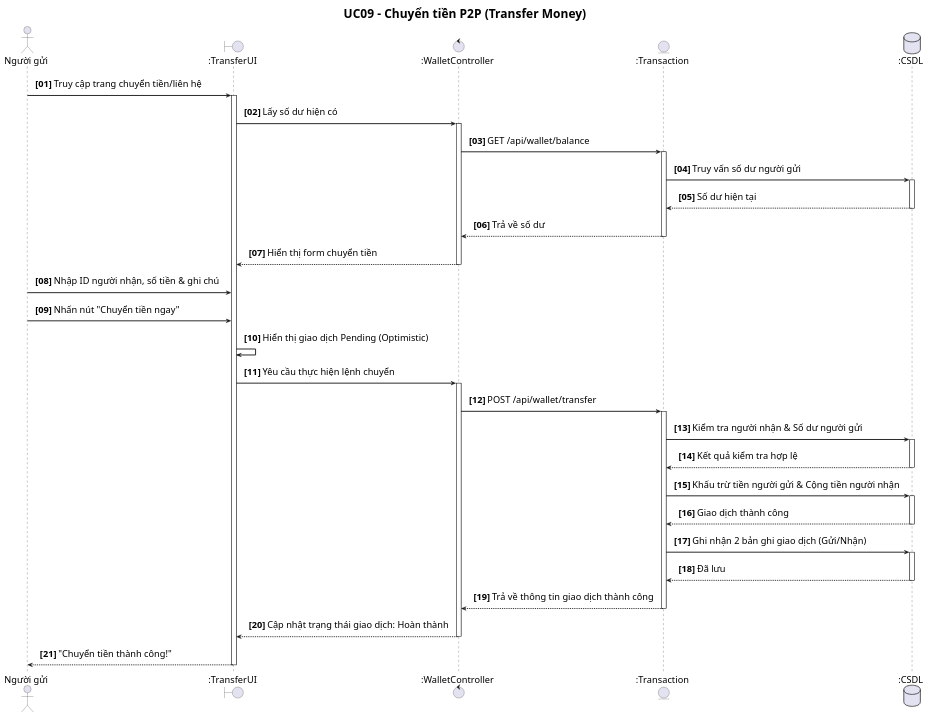
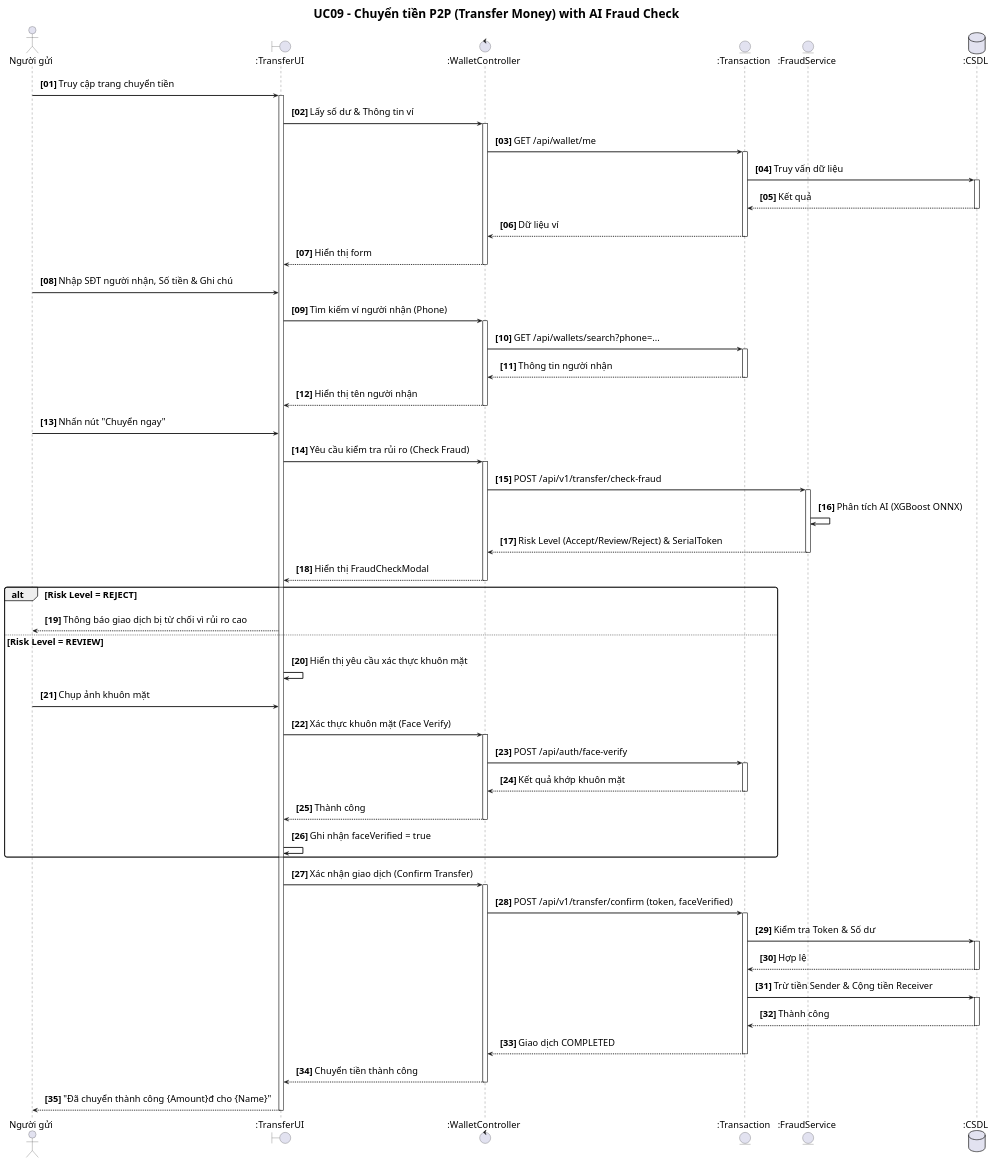
The diagram in front-end/src/usecaseUML/UC09_ChuyenTien.puml (Gonztbl/DATN_FRONT-END), drawn with PlantUML before and after one commit. The commit also changed 40 other files, not shown here.

```diff
--- a/front-end/src/usecaseUML/UC09_ChuyenTien.puml
+++ b/front-end/src/usecaseUML/UC09_ChuyenTien.puml
@@ -1,78 +1,102 @@
 @startuml UC09_ChuyenTien
-title UC09 - Chuyển tiền P2P (Transfer Money)
+title UC09 - Chuyển tiền P2P (Transfer Money) with AI Fraud Check
 
 autonumber "<b>[00]</b>"
 skinparam sequenceArrowThickness 2
 skinparam roundcorner 10
 skinparam defaultFontSize 20
 skinparam titleFontSize 26
 skinparam sequenceFontSize 19
 skinparam sequenceMessageFontSize 20
 skinparam sequenceActorFontSize 20
 skinparam sequenceParticipantFontSize 20
 skinparam noteFontSize 18
 skinparam sequenceArrowFontSize 20
 skinparam sequence {
     ParticipantPadding 30
     LifeLinePadding 20
     MessagePadding 10
 }
 
 actor "Người gửi" as Sender
 boundary ":TransferUI" as UI
 control ":WalletController" as CTRL
 entity ":Transaction" as API
+entity ":FraudService" as FRAUD
 database ":CSDL" as DB
 
-Sender -> UI : Truy cập trang chuyển tiền/liên hệ
+Sender -> UI : Truy cập trang chuyển tiền
 activate UI
 
-UI -> CTRL : Lấy số dư hiện có
+UI -> CTRL : Lấy số dư & Thông tin ví
 activate CTRL
-CTRL -> API : GET /api/wallet/balance
+CTRL -> API : GET /api/wallet/me
 activate API
-API -> DB : Truy vấn số dư người gửi
+API -> DB : Truy vấn dữ liệu
 activate DB
-DB --> API : Số dư hiện tại
+DB --> API : Kết quả
 deactivate DB
-API --> CTRL : Trả về số dư
+API --> CTRL : Dữ liệu ví
 deactivate API
-CTRL --> UI : Hiển thị form chuyển tiền
+CTRL --> UI : Hiển thị form
 deactivate CTRL
 
-Sender -> UI : Nhập ID người nhận, số tiền & ghi chú
-Sender -> UI : Nhấn nút "Chuyển tiền ngay"
-
-UI -> UI : Hiển thị giao dịch Pending (Optimistic)
-
-UI -> CTRL : Yêu cầu thực hiện lệnh chuyển
+Sender -> UI : Nhập SĐT người nhận, Số tiền & Ghi chú
+UI -> CTRL : Tìm kiếm ví người nhận (Phone)
 activate CTRL
-
-CTRL -> API : POST /api/wallet/transfer
+CTRL -> API : GET /api/wallets/search?phone=...
 activate API
-
-API -> DB : Kiểm tra người nhận & Số dư người gửi
-activate DB
-DB --> API : Kết quả kiểm tra hợp lệ
-deactivate DB
-
-API -> DB : Khấu trừ tiền người gửi & Cộng tiền người nhận
-activate DB
-DB --> API : Giao dịch thành công
-deactivate DB
-
-API -> DB : Ghi nhận 2 bản ghi giao dịch (Gửi/Nhận)
-activate DB
-DB --> API : Đã lưu
-deactivate DB
-
-API --> CTRL : Trả về thông tin giao dịch thành công
+API --> CTRL : Thông tin người nhận
 deactivate API
-
-CTRL --> UI : Cập nhật trạng thái giao dịch: Hoàn thành
+CTRL --> UI : Hiển thị tên người nhận
 deactivate CTRL
 
-UI --> Sender : "Chuyển tiền thành công!"
+Sender -> UI : Nhấn nút "Chuyển ngay"
+
+UI -> CTRL : Yêu cầu kiểm tra rủi ro (Check Fraud)
+activate CTRL
+CTRL -> FRAUD : POST /api/v1/transfer/check-fraud
+activate FRAUD
+FRAUD -> FRAUD : Phân tích AI (XGBoost ONNX)
+FRAUD --> CTRL : Risk Level (Accept/Review/Reject) & SerialToken
+deactivate FRAUD
+CTRL --> UI : Hiển thị FraudCheckModal
+deactivate CTRL
+
+alt Risk Level = REJECT
+    UI --> Sender : Thông báo giao dịch bị từ chối vì rủi ro cao
+else Risk Level = REVIEW
+    UI -> UI : Hiển thị yêu cầu xác thực khuôn mặt
+    Sender -> UI : Chụp ảnh khuôn mặt
+    UI -> CTRL : Xác thực khuôn mặt (Face Verify)
+    activate CTRL
+    CTRL -> API : POST /api/auth/face-verify
+    activate API
+    API --> CTRL : Kết quả khớp khuôn mặt
+    deactivate API
+    CTRL --> UI : Thành công
+    deactivate CTRL
+    UI -> UI : Ghi nhận faceVerified = true
+end
+
+UI -> CTRL : Xác nhận giao dịch (Confirm Transfer)
+activate CTRL
+CTRL -> API : POST /api/v1/transfer/confirm (token, faceVerified)
+activate API
+API -> DB : Kiểm tra Token & Số dư
+activate DB
+DB --> API : Hợp lệ
+deactivate DB
+API -> DB : Trừ tiền Sender & Cộng tiền Receiver
+activate DB
+DB --> API : Thành công
+deactivate DB
+API --> CTRL : Giao dịch COMPLETED
+deactivate API
+CTRL --> UI : Chuyển tiền thành công
+deactivate CTRL
+
+UI --> Sender : "Đã chuyển thành công {Amount}đ cho {Name}"
 deactivate UI
 
 @enduml
```
